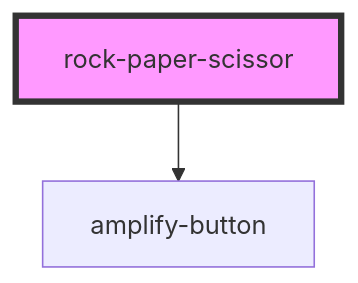
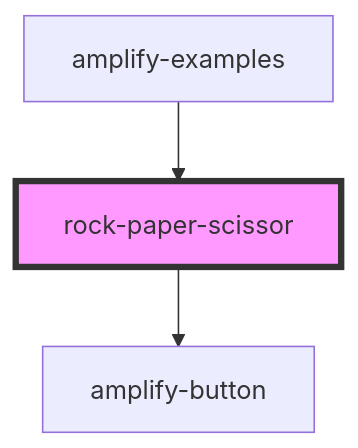
Before and after one commit to aws-amplify/amplify-js: the diagram in packages/amplify-ui-components/src/components/amplify-examples/rock-paper-scissor/readme.md, drawn with Mermaid. The commit also changed other lines of this file and 19 other files, not shown here.

````diff
--- a/packages/amplify-ui-components/src/components/amplify-examples/rock-paper-scissor/readme.md
+++ b/packages/amplify-ui-components/src/components/amplify-examples/rock-paper-scissor/readme.md
@@ -29,5 +33,6 @@
 ```mermaid
 graph TD;
   rock-paper-scissor --> amplify-button
+  amplify-examples --> rock-paper-scissor
   style rock-paper-scissor fill:#f9f,stroke:#333,stroke-width:4px
 ```
````
